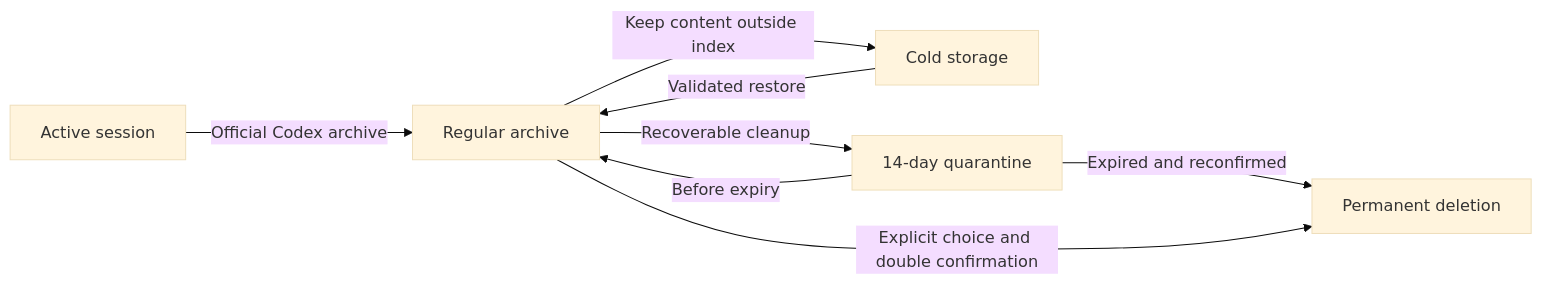
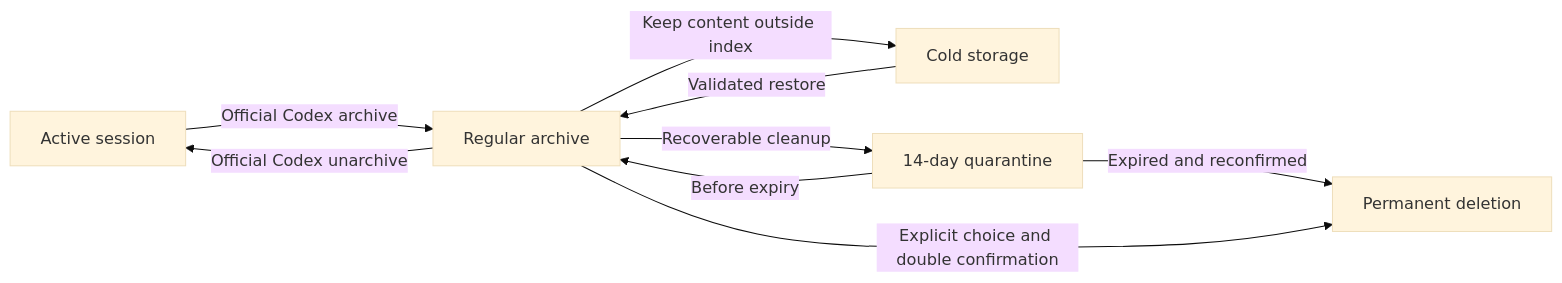
Before and after one commit to wushijing123/Codex-Session-Manager: the diagram in README.en.md, drawn with Mermaid (base theme). The commit also changed other lines of this file and 12 other files, not shown here.

Commit message:
Release v0.4.0 official session unarchive

````diff
--- a/README.en.md
+++ b/README.en.md
@@ -116,10 +117,11 @@
 ```mermaid
 flowchart LR
     A[Active session] -->|Official Codex archive| B[Regular archive]
+    B -->|Official Codex unarchive| A
     B -->|Keep content outside index| C[Cold storage]
     B -->|Recoverable cleanup| D[14-day quarantine]
     C -->|Validated restore| B
     D -->|Before expiry| B
     D -->|Expired and reconfirmed| E[Permanent deletion]
     B -->|Explicit choice and double confirmation| E
 ```
````
